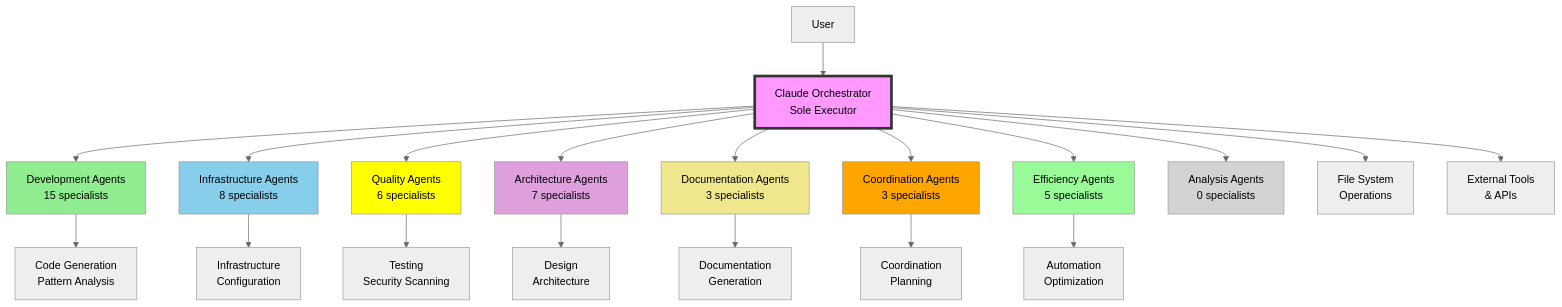
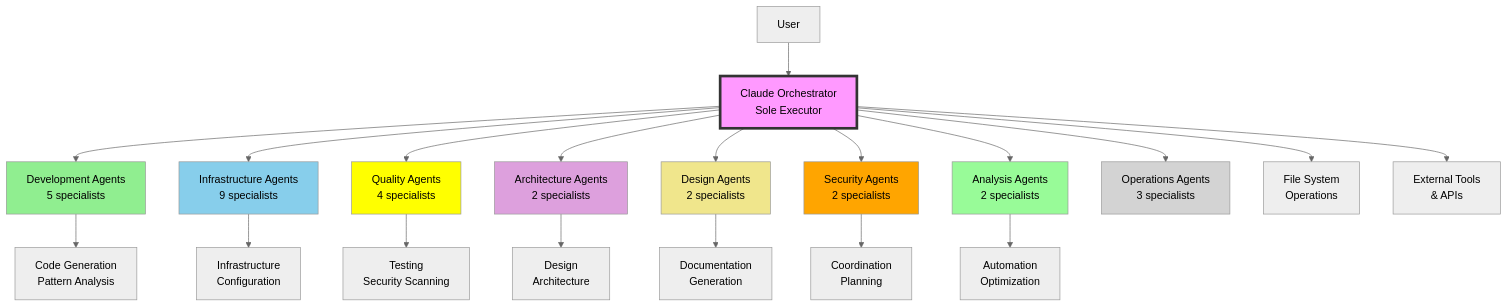
One commit to damilola-elegbede/claude-config changed the first of 10 diagrams in docs/architecture/agent-ecosystem-architecture.md. Above: the diagram before and after it, drawn with Mermaid (neutral theme). The commit also changed other lines of this file and 88 other files, not shown here.

````diff
--- a/docs/architecture/agent-ecosystem-architecture.md
+++ b/docs/architecture/agent-ecosystem-architecture.md
@@ -32,34 +32,34 @@
 ```mermaid
 graph TB
     User[User] --> Claude[Claude Orchestrator<br/>Sole Executor]
     
-    Claude --> CAT1[Development Agents<br/>15 specialists]
-    Claude --> CAT2[Infrastructure Agents<br/>8 specialists]
-    Claude --> CAT3[Quality Agents<br/>6 specialists]
-    Claude --> CAT4[Architecture Agents<br/>7 specialists]
-    Claude --> CAT5[Documentation Agents<br/>3 specialists]
-    Claude --> CAT6[Coordination Agents<br/>3 specialists]
-    Claude --> CAT7[Efficiency Agents<br/>5 specialists]
-    Claude --> CAT8[Analysis Agents<br/>0 specialists]
+    Claude --> CAT1[Development Agents<br/>5 specialists]
+    Claude --> CAT2[Infrastructure Agents<br/>9 specialists]
+    Claude --> CAT3[Quality Agents<br/>4 specialists]
+    Claude --> CAT4[Architecture Agents<br/>2 specialists]
+    Claude --> CAT5[Design Agents<br/>2 specialists]
+    Claude --> CAT6[Security Agents<br/>2 specialists]
+    Claude --> CAT7[Analysis Agents<br/>2 specialists]
+    Claude --> CAT8[Operations Agents<br/>3 specialists]
     
     CAT1 --> Tools1[Code Generation<br/>Pattern Analysis]
     CAT2 --> Tools2[Infrastructure<br/>Configuration]
     CAT3 --> Tools3[Testing<br/>Security Scanning]
     CAT4 --> Tools4[Design<br/>Architecture]
     CAT5 --> Tools5[Documentation<br/>Generation]
     CAT6 --> Tools6[Coordination<br/>Planning]
     CAT7 --> Tools7[Automation<br/>Optimization]
     
     Claude --> FileSystem[File System<br/>Operations]
     Claude --> ExternalTools[External Tools<br/>& APIs]
     
     style Claude fill:#f9f,stroke:#333,stroke-width:4px
     style CAT1 fill:#90EE90
     style CAT2 fill:#87CEEB
     style CAT3 fill:yellow
     style CAT4 fill:#DDA0DD
     style CAT5 fill:#F0E68C
     style CAT6 fill:#FFA500
     style CAT7 fill:#98FB98
     style CAT8 fill:#D3D3D3
 ```
````
